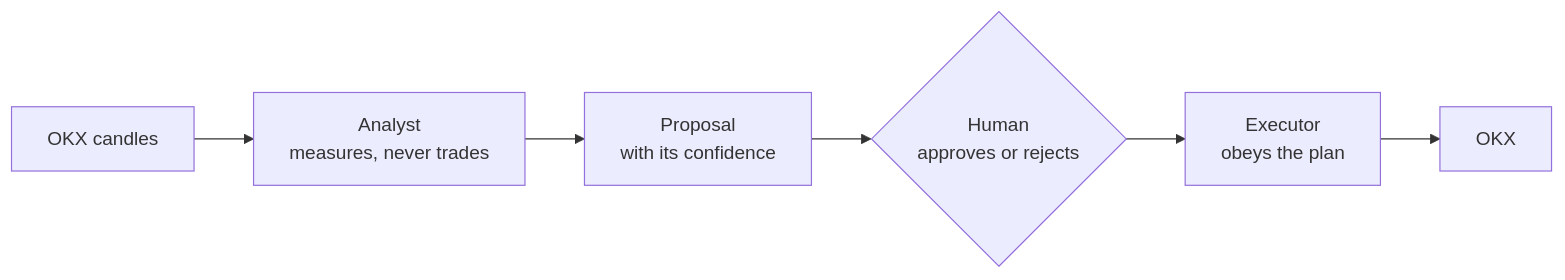
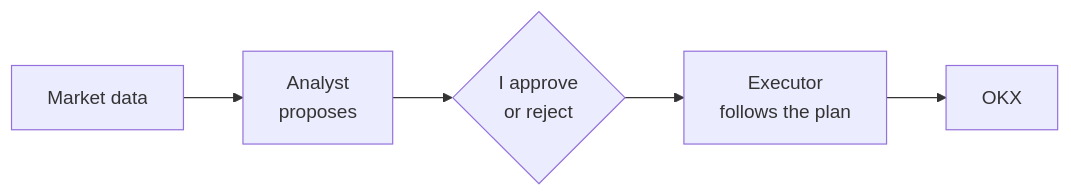
The diagram in README.md (lpesseygirod/tradebunny), drawn with Mermaid before and after one commit. The commit also changed other lines of this file, not shown here.

````diff
--- a/README.md
+++ b/README.md
@@ -13,8 +13,7 @@
 ```mermaid
 flowchart LR
-    C[OKX candles] --> A[Analyst<br/>measures, never trades]
-    A --> P[Proposal<br/>with its confidence]
-    P --> Y{Human<br/>approves or rejects}
-    Y --> X[Executor<br/>obeys the plan]
+    C[Market data] --> A[Analyst<br/>proposes]
+    A --> Y{I approve<br/>or reject}
+    Y --> X[Executor<br/>follows the plan]
     X --> O[OKX]
 ```
````
